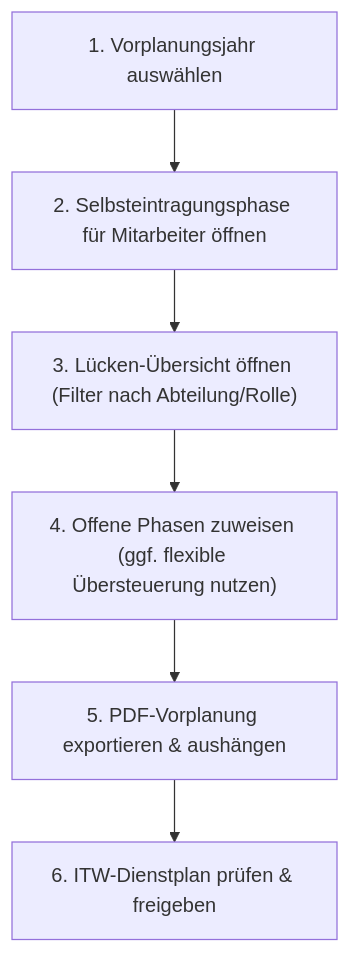
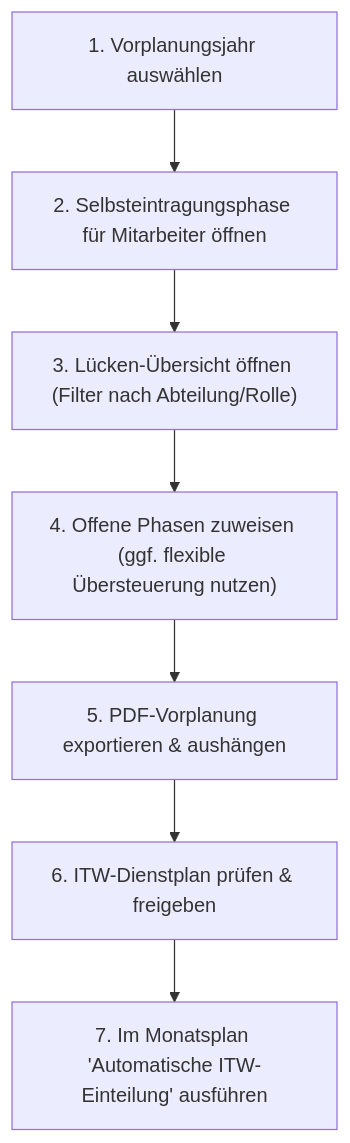
One commit to PowderK/rd-plan changed the diagram in ANLEITUNG-ITW-PLANER.md. Above: the diagram before and after it, drawn with Mermaid. The commit also changed other lines of this file and 6 other files, not shown here.

Commit message:
feat(itw): Automatische ITW-Einteilung im Monatsplan anhand Vorplanung und IW-Diensten mit Konfliktdialog

````diff
--- a/ANLEITUNG-ITW-PLANER.md
+++ b/ANLEITUNG-ITW-PLANER.md
@@ -124,8 +152,9 @@
 ```mermaid
 flowchart TD
     A["1. Vorplanungsjahr auswählen"] --> B["2. Selbsteintragungsphase für Mitarbeiter öffnen"]
     B --> C["3. Lücken-Übersicht öffnen (Filter nach Abteilung/Rolle)"]
     C --> D["4. Offene Phasen zuweisen (ggf. flexible Übersteuerung nutzen)"]
     D --> E["5. PDF-Vorplanung exportieren & aushängen"]
     E --> F["6. ITW-Dienstplan prüfen & freigeben"]
+    F --> G["7. Im Monatsplan 'Automatische ITW-Einteilung' ausführen"]
 ```
````
